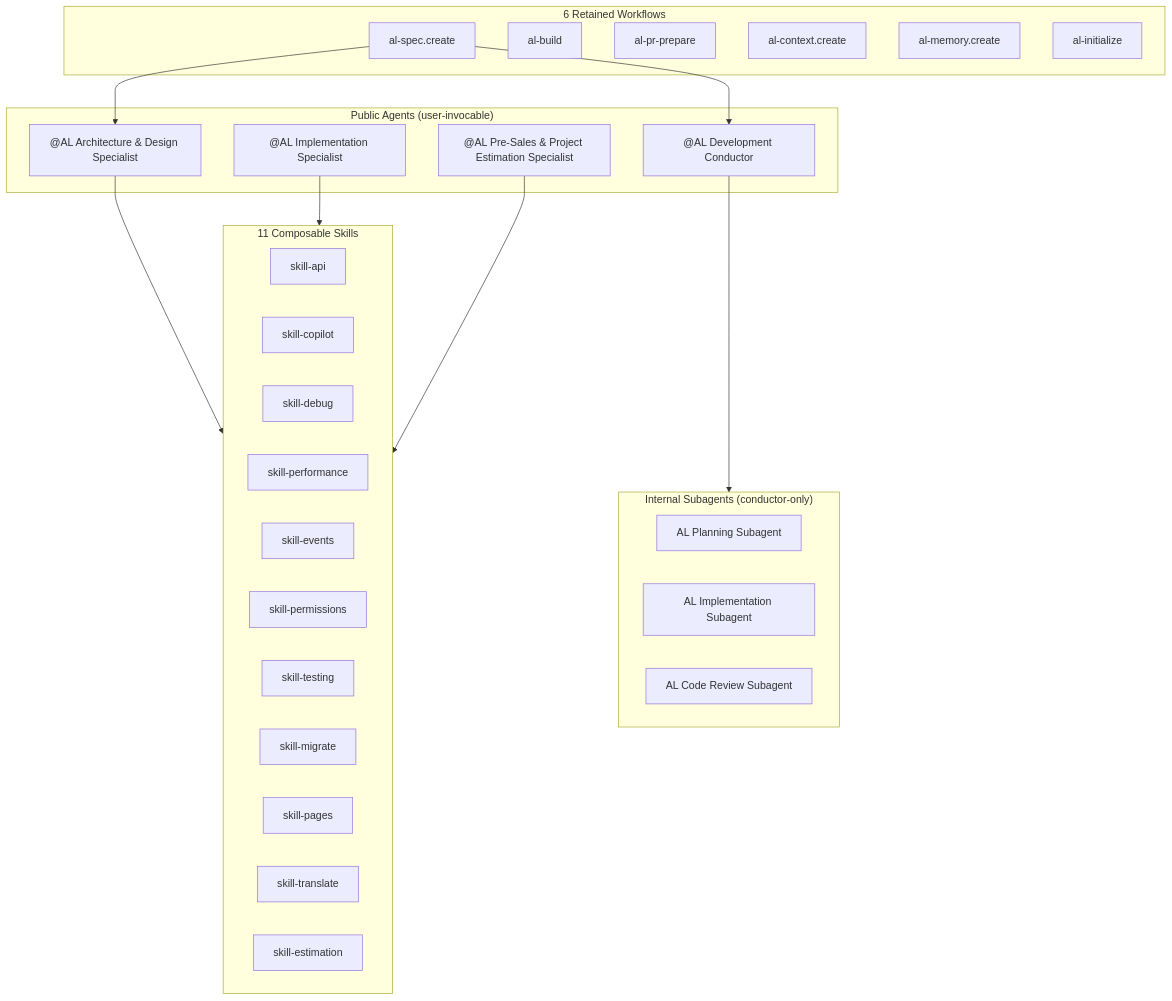
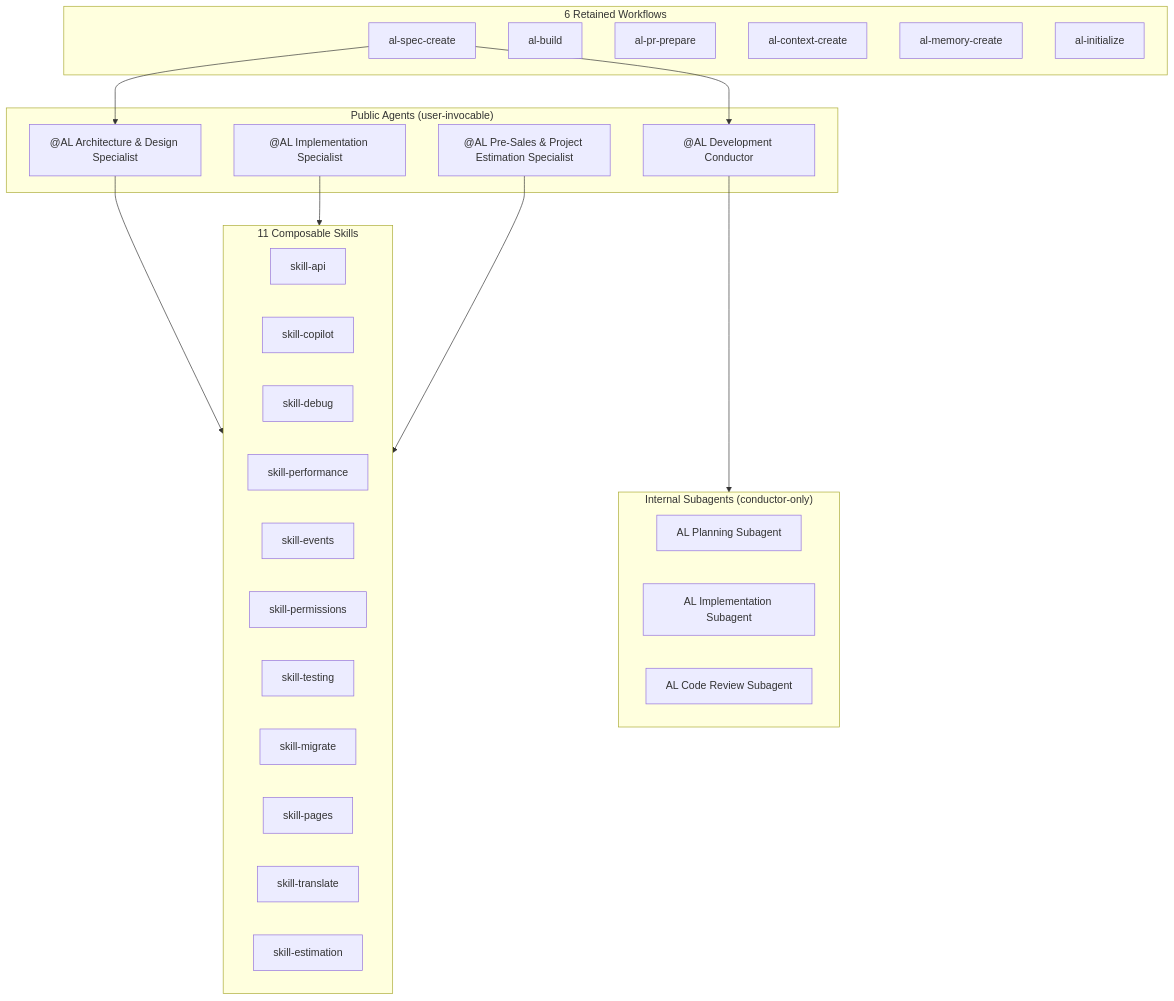
The third of 3 diagrams in README.md (javiarmesto/ALDC-AL-Development-Collection), drawn with Mermaid before and after one commit. The commit also changed other lines of this file and 32 other files, not shown here.

````diff
--- a/README.md
+++ b/README.md
@@ -397,46 +397,46 @@
 ```mermaid
 graph TB
     subgraph PUBLIC["Public Agents (user-invocable)"]
         ARCH["@AL Architecture & Design Specialist"]
         DEV["@AL Implementation Specialist"]
         COND["@AL Development Conductor"]
         PRE["@AL Pre-Sales & Project Estimation Specialist"]
     end
 
     subgraph INTERNAL["Internal Subagents (conductor-only)"]
         PLAN[AL Planning Subagent]
         IMPL[AL Implementation Subagent]
         REV[AL Code Review Subagent]
     end
 
     subgraph SKILLS["11 Composable Skills"]
         S1[skill-api]
         S2[skill-copilot]
         S3[skill-debug]
         S4[skill-performance]
         S5[skill-events]
         S6[skill-permissions]
         S7[skill-testing]
         S8[skill-migrate]
         S9[skill-pages]
         S10[skill-translate]
         S11[skill-estimation]
     end
 
     subgraph WORKFLOWS["6 Retained Workflows"]
-        W1[al-spec.create]
+        W1[al-spec-create]
         W2[al-build]
         W3[al-pr-prepare]
-        W4[al-context.create]
-        W5[al-memory.create]
+        W4[al-context-create]
+        W5[al-memory-create]
         W6[al-initialize]
     end
 
     ARCH --> SKILLS
     DEV --> SKILLS
     COND --> INTERNAL
     PRE --> SKILLS
 
     W1 --> ARCH
     W1 --> COND
 ```
````
